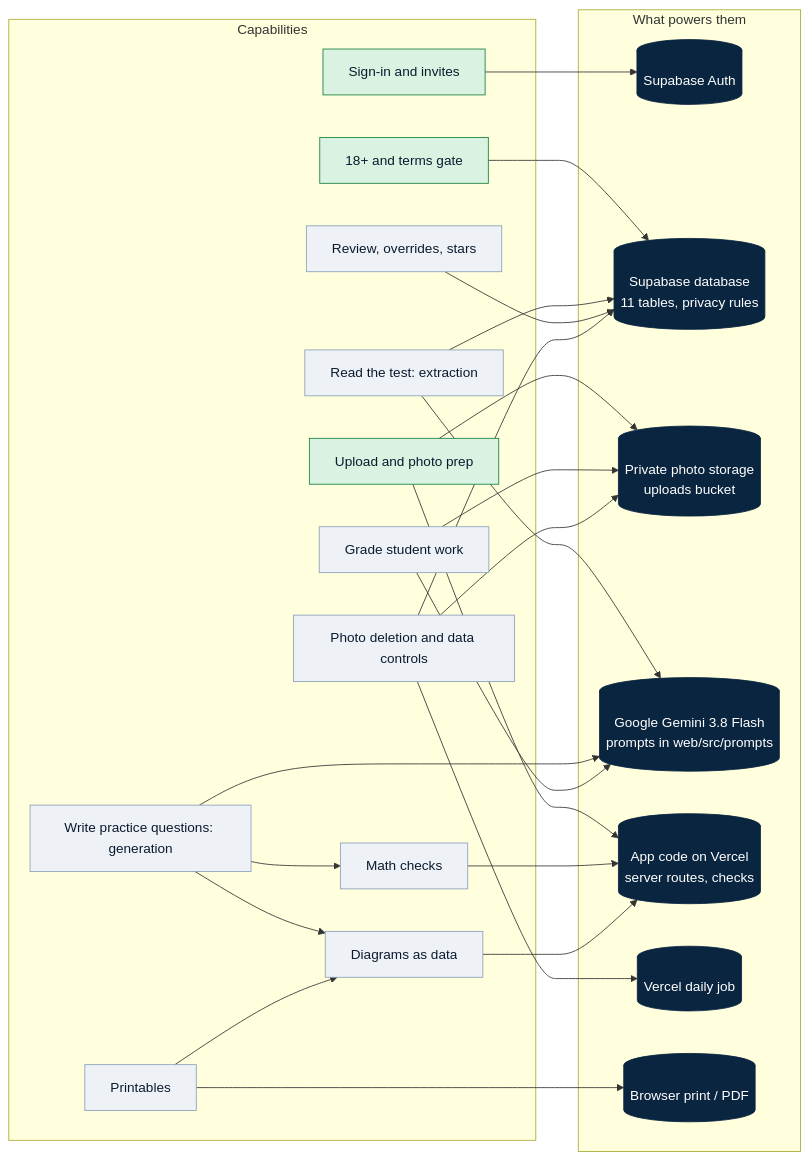
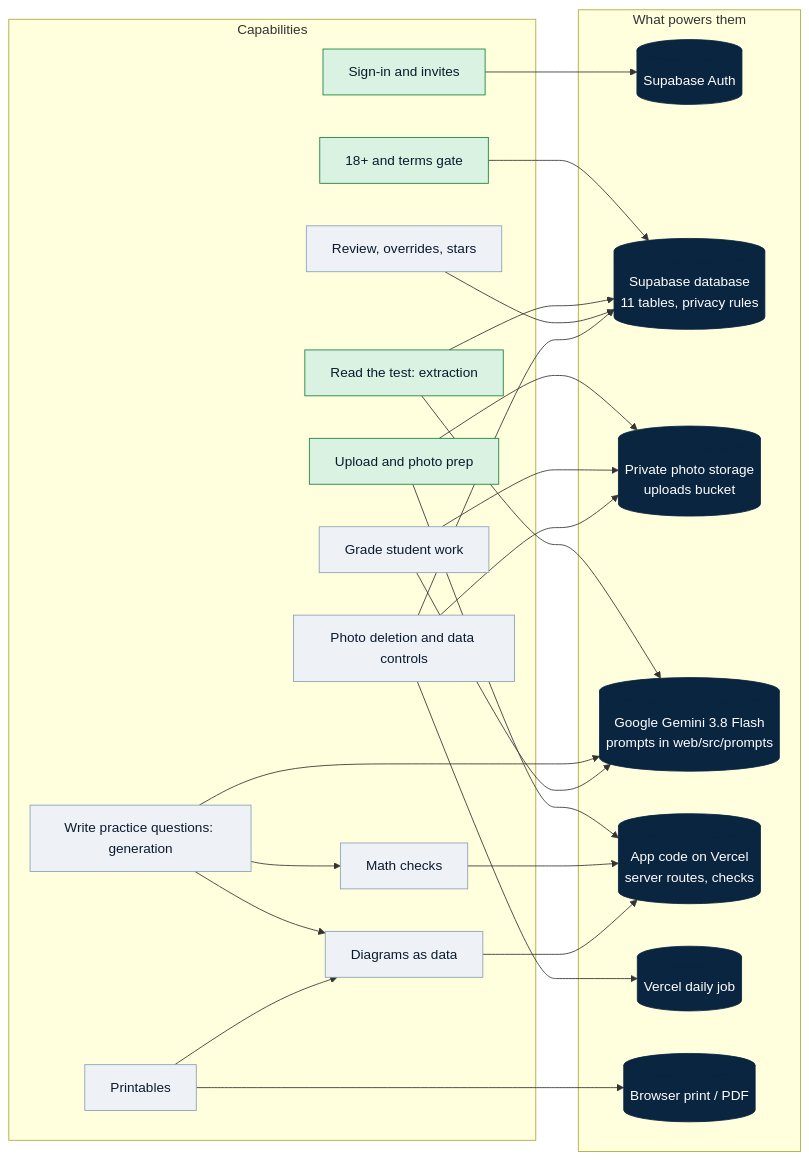
One commit to Mr-Higgs/miro-devin-math-mission changed the third of 3 diagrams in docs/sitemap.md. Above: the diagram before and after it, drawn with Mermaid. The commit also changed other lines of this file and 32 other files, not shown here.

````diff
--- a/docs/sitemap.md
+++ b/docs/sitemap.md
@@ -189,50 +191,50 @@
 ```mermaid
 flowchart LR
   classDef built fill:#d9f2e1,stroke:#15803d,color:#0b1b2e
   classDef planned fill:#eef2f7,stroke:#8aa0b8,color:#0b1b2e
   classDef service fill:#0a2540,stroke:#0a2540,color:#ffffff
 
   subgraph CAPS["Capabilities"]
     C1["Sign-in and invites"]:::built
     C2["18+ and terms gate"]:::built
     C3["Upload and photo prep"]:::built
-    C4["Read the test: extraction"]:::planned
+    C4["Read the test: extraction"]:::built
     C5["Write practice questions: generation"]:::planned
     C6["Math checks"]:::planned
     C7["Diagrams as data"]:::planned
     C8["Printables"]:::planned
     C9["Grade student work"]:::planned
     C10["Review, overrides, stars"]:::planned
     C11["Photo deletion and data controls"]:::planned
   end
 
   subgraph SERVICES["What powers them"]
     AUTH[("Supabase Auth")]:::service
     DB[("Supabase database<br/>11 tables, privacy rules")]:::service
     STORE[("Private photo storage<br/>uploads bucket")]:::service
     GEMINI[("Google Gemini 3.8 Flash<br/>prompts in web/src/prompts")]:::service
     CODE[("App code on Vercel<br/>server routes, checks")]:::service
     CRON[("Vercel daily job")]:::service
     PRINT[("Browser print / PDF")]:::service
   end
 
   C1 --> AUTH
   C2 --> DB
   C3 --> STORE
   C3 --> CODE
   C4 --> GEMINI
   C4 --> DB
   C5 --> GEMINI
   C5 --> C6
   C5 --> C7
   C6 --> CODE
   C7 --> CODE
   C8 --> PRINT
   C8 --> C7
   C9 --> GEMINI
   C9 --> STORE
   C10 --> DB
   C11 --> CRON
   C11 --> STORE
   C11 --> DB
 ```
````
